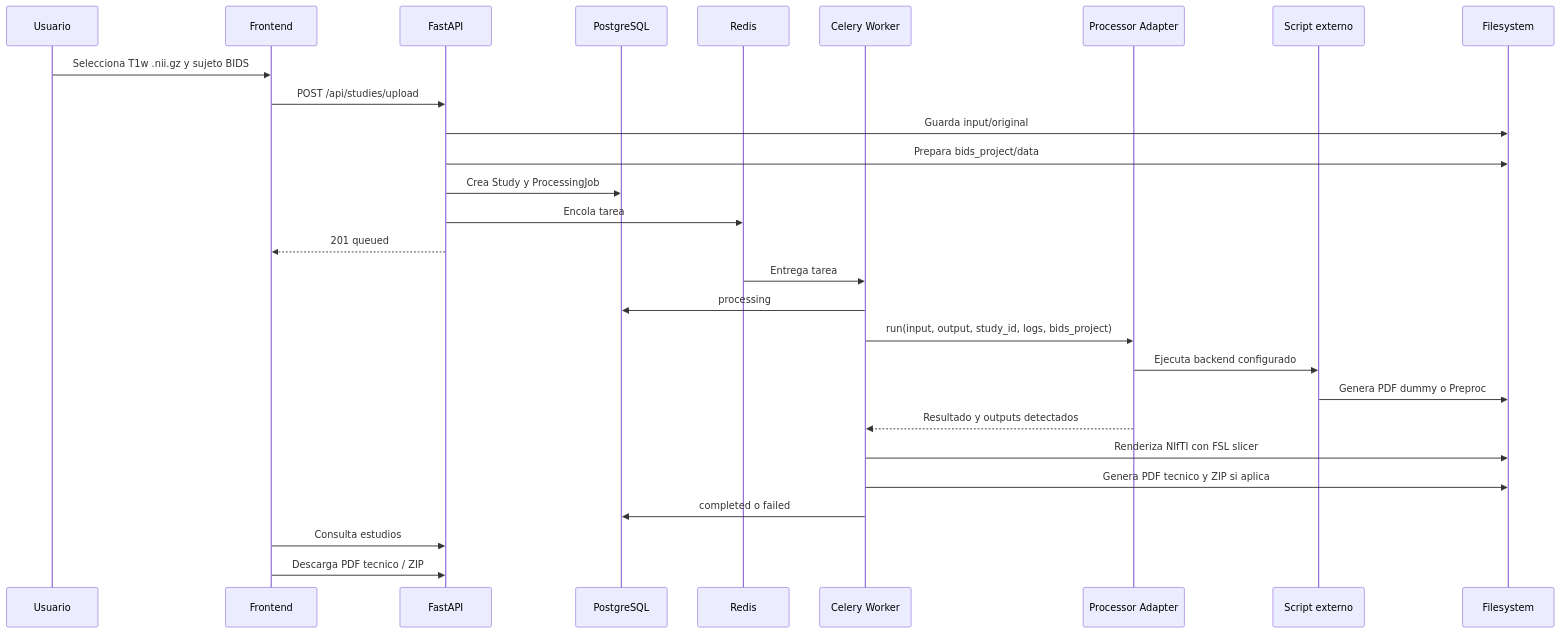
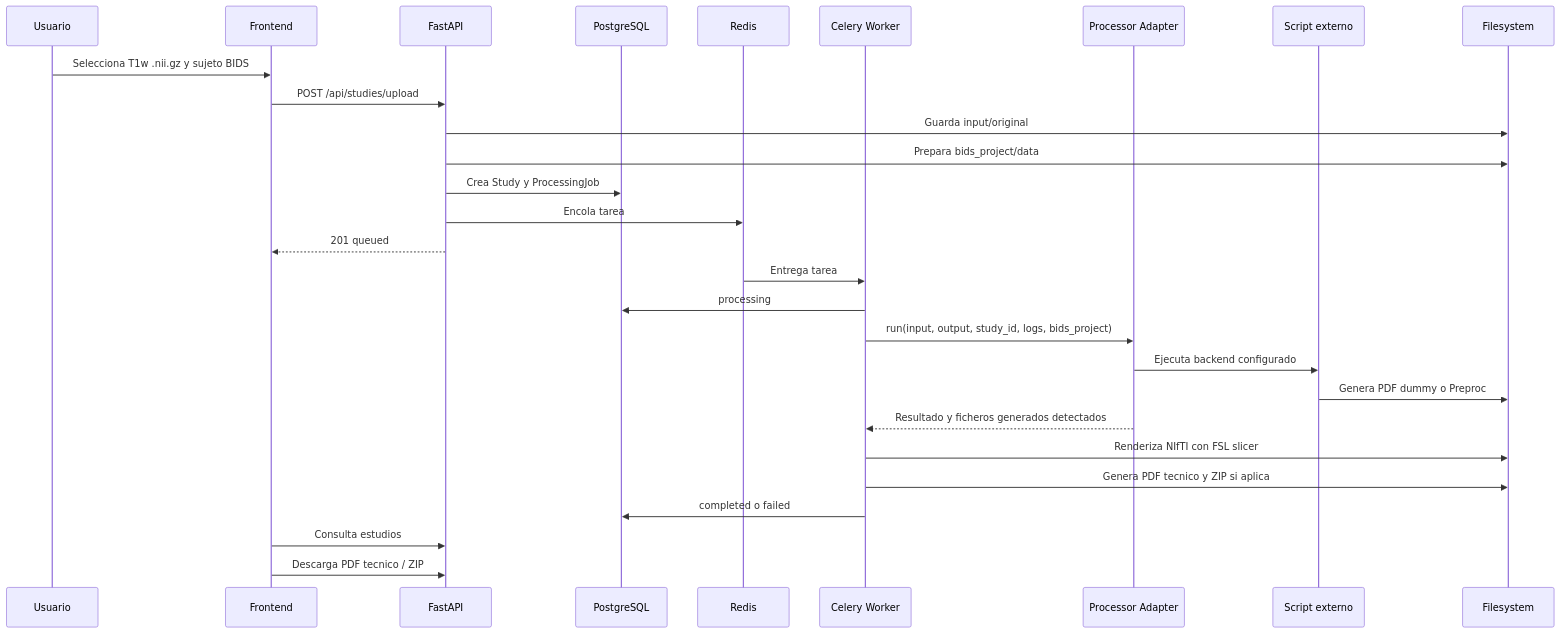
The first of 2 diagrams in docs/processing-pipeline.md (suhartx/neuroimagen-server-biocruces), drawn with Mermaid before and after one commit. The commit also changed other lines of this file and 17 other files, not shown here.

````diff
--- a/docs/processing-pipeline.md
+++ b/docs/processing-pipeline.md
@@ -5,30 +5,30 @@
 ```mermaid
 sequenceDiagram
   participant U as Usuario
   participant F as Frontend
   participant A as FastAPI
   participant D as PostgreSQL
   participant R as Redis
   participant W as Celery Worker
   participant P as Processor Adapter
   participant S as Script externo
   participant FS as Filesystem
   U->>F: Selecciona T1w .nii.gz y sujeto BIDS
   F->>A: POST /api/studies/upload
   A->>FS: Guarda input/original
   A->>FS: Prepara bids_project/data
   A->>D: Crea Study y ProcessingJob
   A->>R: Encola tarea
   A-->>F: 201 queued
   R->>W: Entrega tarea
   W->>D: processing
   W->>P: run(input, output, study_id, logs, bids_project)
   P->>S: Ejecuta backend configurado
   S->>FS: Genera PDF dummy o Preproc
-  P-->>W: Resultado y outputs detectados
+  P-->>W: Resultado y ficheros generados detectados
   W->>FS: Renderiza NIfTI con FSL slicer
   W->>FS: Genera PDF tecnico y ZIP si aplica
   W->>D: completed o failed
   F->>A: Consulta estudios
   F->>A: Descarga PDF tecnico / ZIP
 ```
````
